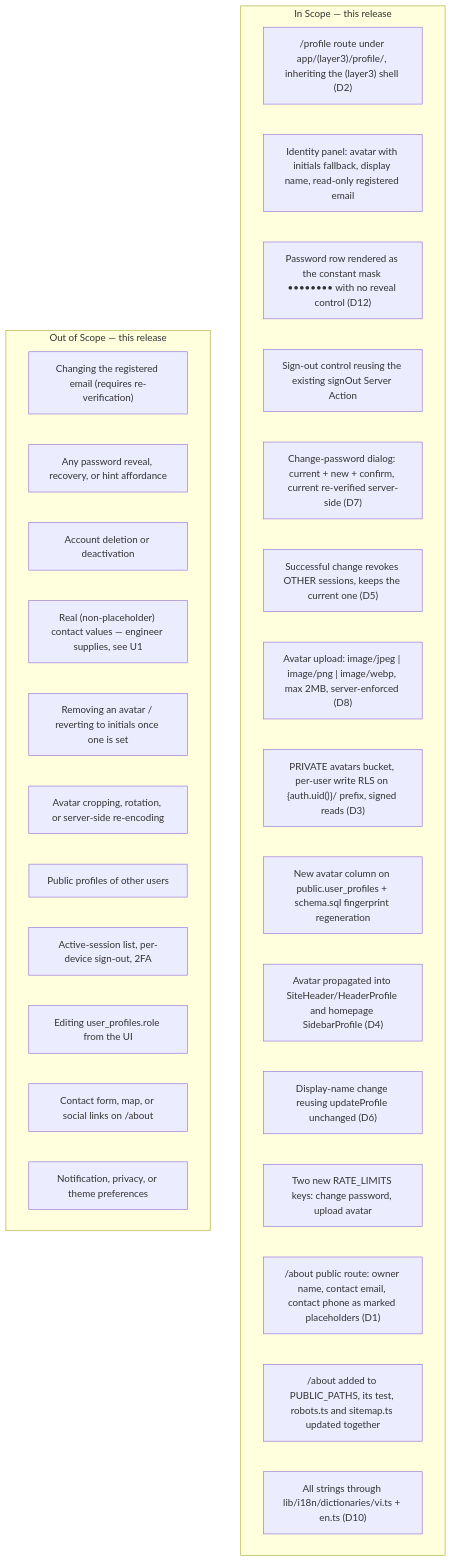
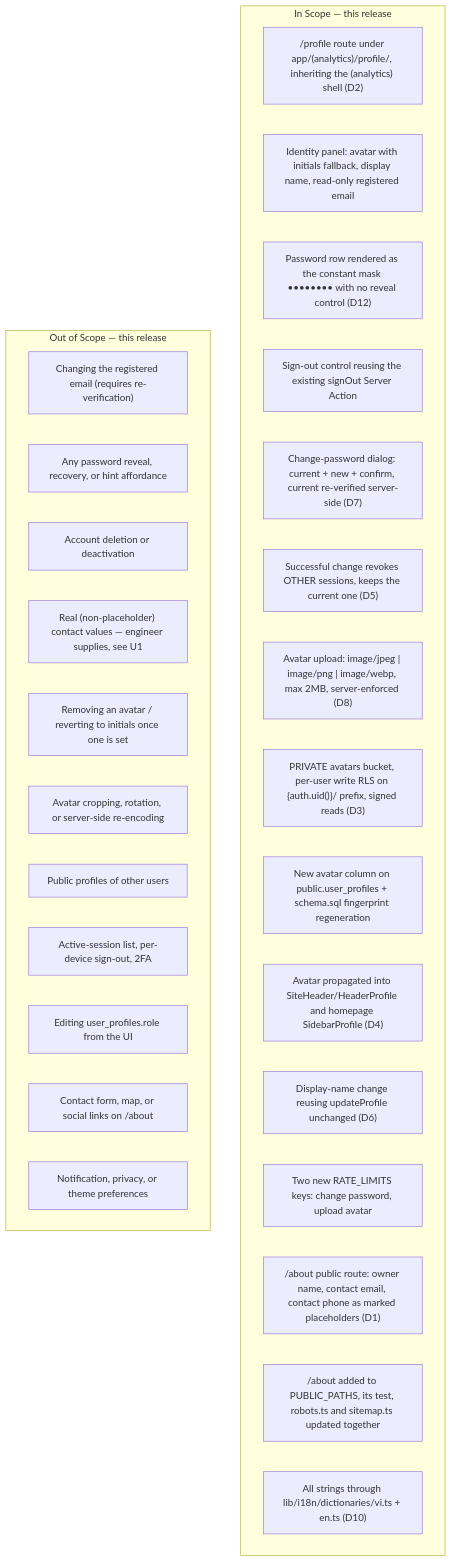
The second of 2 diagrams in docs/prd/profile-and-about-prd.md (undetecteddeveloper/MS-MOLAR), drawn with Mermaid before and after one commit. The commit also changed other lines of this file and 142 other files, not shown here.

````diff
--- a/docs/prd/profile-and-about-prd.md
+++ b/docs/prd/profile-and-about-prd.md
@@ -187,33 +187,33 @@
 ```mermaid
 flowchart TB
     subgraph IN["In Scope — this release"]
-        A["/profile route under app/(layer3)/profile/, inheriting the (layer3) shell (D2)"]
+        A["/profile route under app/(analytics)/profile/, inheriting the (analytics) shell (D2)"]
         B["Identity panel: avatar with initials fallback, display name, read-only registered email"]
         C["Password row rendered as the constant mask •••••••• with no reveal control (D12)"]
         D["Sign-out control reusing the existing signOut Server Action"]
         E["Change-password dialog: current + new + confirm, current re-verified server-side (D7)"]
         F["Successful change revokes OTHER sessions, keeps the current one (D5)"]
         G["Avatar upload: image/jpeg | image/png | image/webp, max 2MB, server-enforced (D8)"]
         H["PRIVATE avatars bucket, per-user write RLS on {auth.uid()}/ prefix, signed reads (D3)"]
         I["New avatar column on public.user_profiles + schema.sql fingerprint regeneration"]
         J["Avatar propagated into SiteHeader/HeaderProfile and homepage SidebarProfile (D4)"]
         K["Display-name change reusing updateProfile unchanged (D6)"]
         L["Two new RATE_LIMITS keys: change password, upload avatar"]
         M["/about public route: owner name, contact email, contact phone as marked placeholders (D1)"]
         N["/about added to PUBLIC_PATHS, its test, robots.ts and sitemap.ts updated together"]
         O["All strings through lib/i18n/dictionaries/vi.ts + en.ts (D10)"]
     end
     subgraph OUT["Out of Scope — this release"]
         P["Changing the registered email (requires re-verification)"]
         Q["Any password reveal, recovery, or hint affordance"]
         R["Account deletion or deactivation"]
         S["Real (non-placeholder) contact values — engineer supplies, see U1"]
         T["Removing an avatar / reverting to initials once one is set"]
         U["Avatar cropping, rotation, or server-side re-encoding"]
         V["Public profiles of other users"]
         W["Active-session list, per-device sign-out, 2FA"]
         X["Editing user_profiles.role from the UI"]
         Y["Contact form, map, or social links on /about"]
         Z["Notification, privacy, or theme preferences"]
     end
 ```
````
